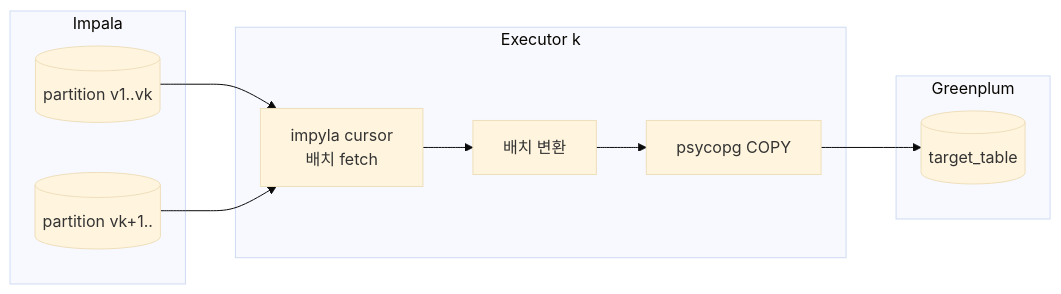
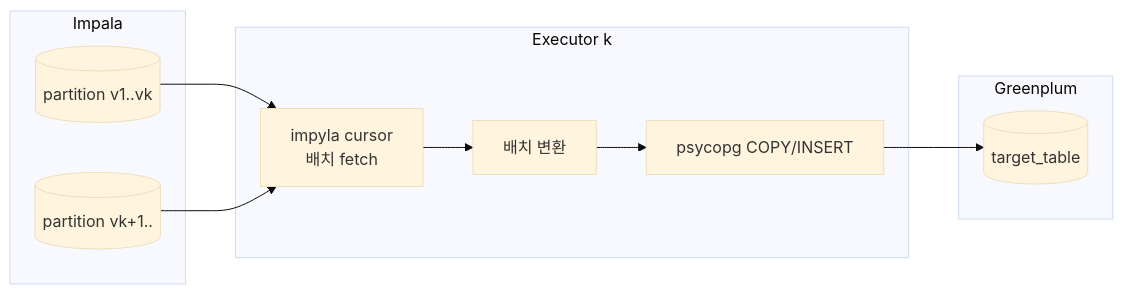
Before and after one commit to DataDynamics/distributed-query-executor: the second of 8 diagrams in DESIGN.md, drawn with Mermaid (base theme). The commit also changed other lines of this file, not shown here.

````diff
--- a/DESIGN.md
+++ b/DESIGN.md
@@ -97,16 +109,16 @@
 ```mermaid
 flowchart LR
     subgraph src[Impala]
         P1[(partition v1..vk)]
         P2[(partition vk+1..)]
     end
     subgraph ex[Executor k]
-        R[impyla cursor<br/>배치 fetch] --> B[배치 변환] --> W[psycopg COPY]
+        R[impyla cursor<br/>배치 fetch] --> B[배치 변환] --> W[psycopg COPY/INSERT]
     end
     subgraph dst[Greenplum]
         T[(target_table)]
     end
     P1 --> R
     P2 --> R
     W --> T
 ```
````
